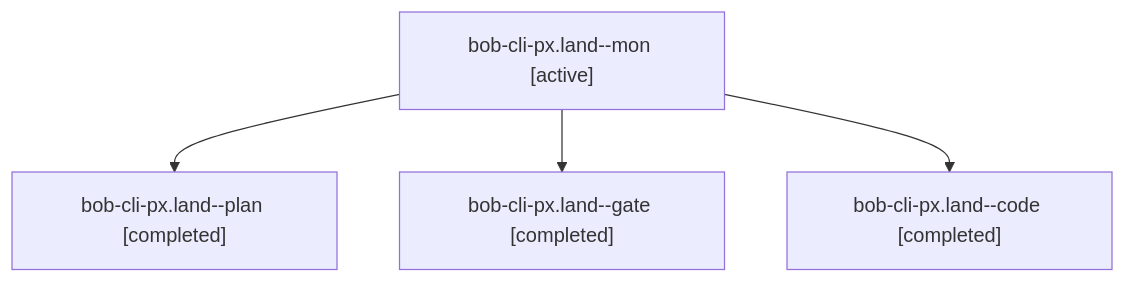
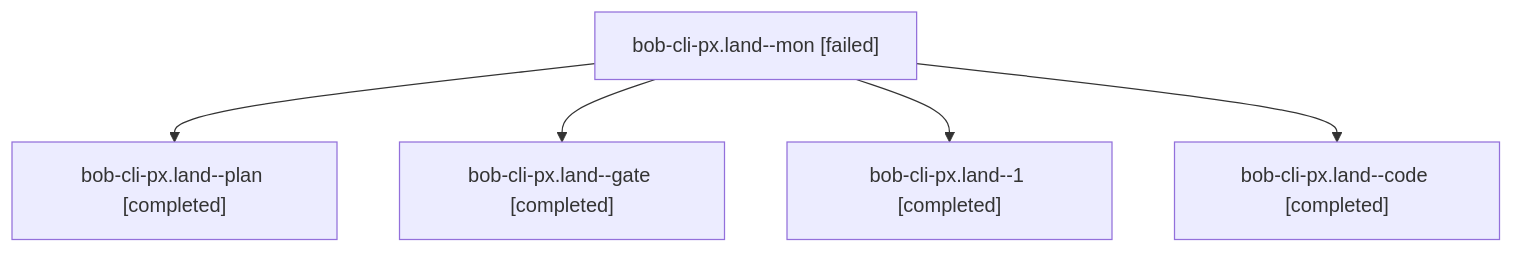
One commit to bobs-org/bob-cli--agents changed the diagram in sessions/bbugyi200.athena.bob-cli-px.land.md. Above: the diagram before and after it, drawn with Mermaid. The commit also changed other lines of this file and 37 other files, not shown here.

````diff
--- a/sessions/bbugyi200.athena.bob-cli-px.land.md
+++ b/sessions/bbugyi200.athena.bob-cli-px.land.md
@@ -9,10 +9,12 @@
 ```mermaid
 flowchart TD
-  n0["bob-cli-px.land--mon [active]"]
+  n0["bob-cli-px.land--mon [failed]"]
   n1["bob-cli-px.land--plan [completed]"]
   n0 --> n1
   n2["bob-cli-px.land--gate [completed]"]
   n0 --> n2
-  n3["bob-cli-px.land--code [completed]"]
+  n3["bob-cli-px.land--1 [completed]"]
   n0 --> n3
+  n4["bob-cli-px.land--code [completed]"]
+  n0 --> n4
 ```
````
